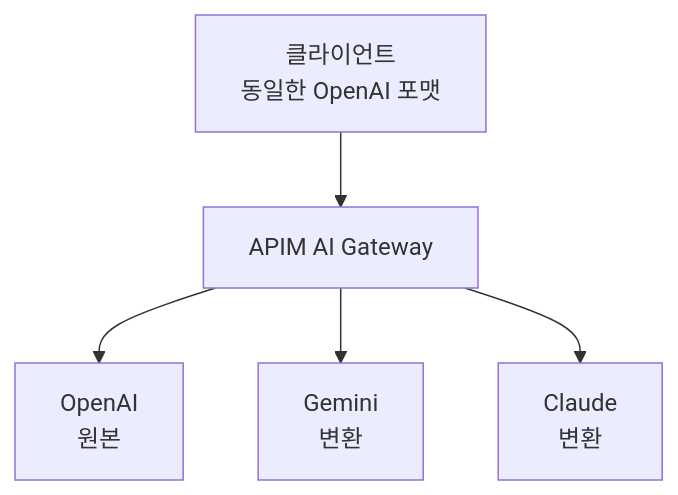
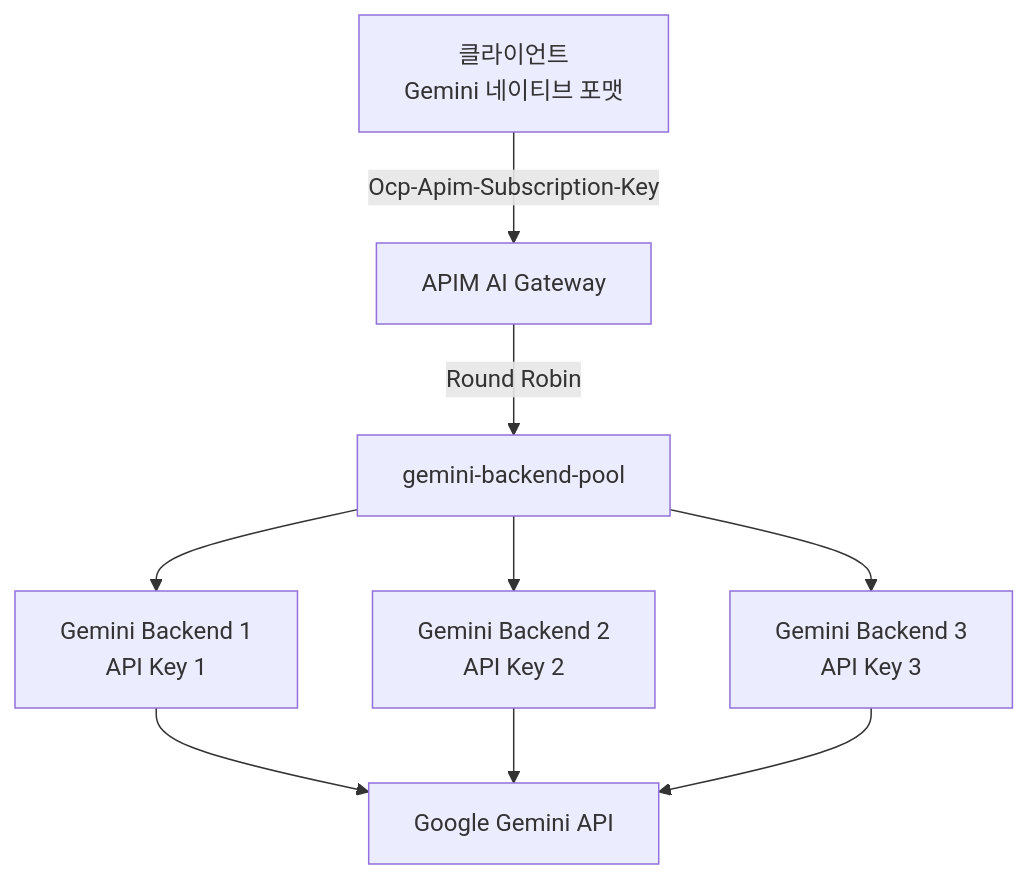
One commit to ChangJu-Ahn/Azure-AI-Gateway-KR changed the diagram in labs/lab05-multi-model-gateway/README.md. Above: the diagram before and after it, drawn with Mermaid. The commit also changed other lines of this file and 11 other files, not shown here.

````diff
--- a/labs/lab05-multi-model-gateway/README.md
+++ b/labs/lab05-multi-model-gateway/README.md
@@ -193,7 +17,9 @@
 ```mermaid
 graph TD
-    Client[클라이언트<br/>동일한 OpenAI 포맷] --> GW[APIM AI Gateway]
-    GW --> OAI[OpenAI<br/>원본]
-    GW --> GEM[Gemini<br/>변환]
-    GW --> CLA[Claude<br/>변환]
+    Client["클라이언트<br/>Gemini 네이티브 포맷"] -->|Ocp-Apim-Subscription-Key| GW[APIM AI Gateway]
+    GW -->|Round Robin| Pool[gemini-backend-pool]
+    Pool --> G1["Gemini Backend 1<br/>API Key 1"]
+    Pool --> G2["Gemini Backend 2<br/>API Key 2"]
+    Pool --> G3["Gemini Backend 3<br/>API Key 3"]
+    G1 & G2 & G3 --> Gemini["Google Gemini API"]
 ```
````
